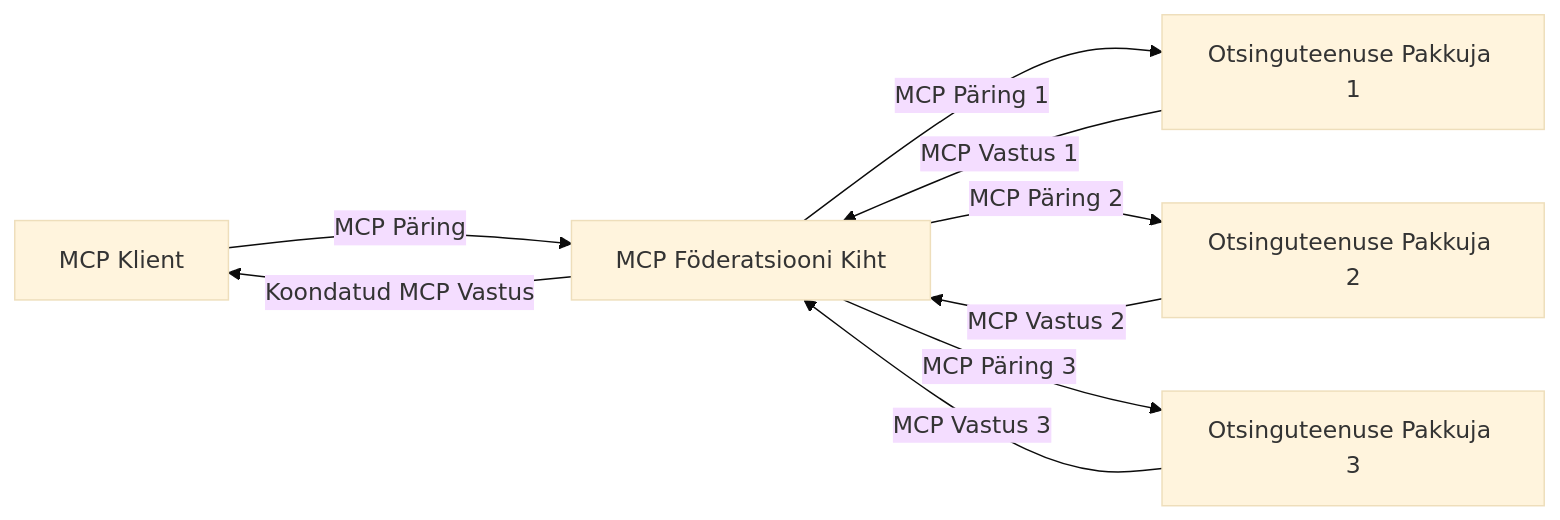
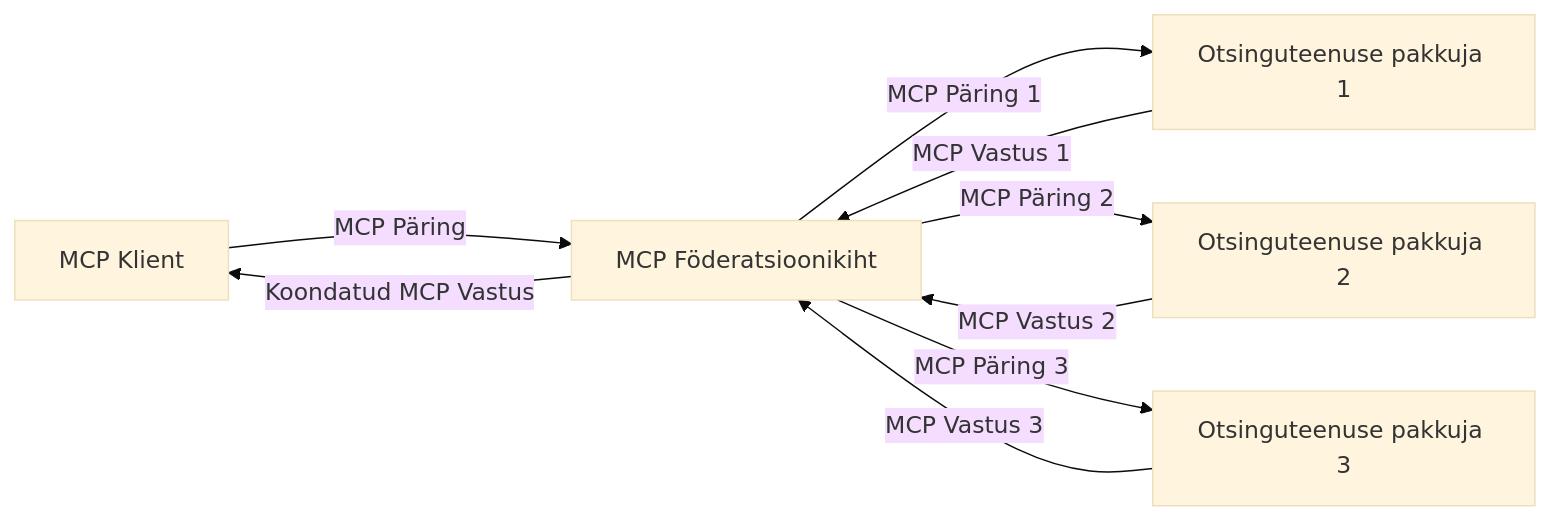
Before and after one commit to microsoft/mcp-for-beginners: the third of 4 diagrams in translations/et/05-AdvancedTopics/mcp-realtimesearch/README.md, drawn with Mermaid (base theme). The commit also changed other lines of this file and 138 other files, not shown here.

````diff
--- a/translations/et/05-AdvancedTopics/mcp-realtimesearch/README.md
+++ b/translations/et/05-AdvancedTopics/mcp-realtimesearch/README.md
@@ -610,11 +612,11 @@
 ```mermaid
 graph LR
-    Client[MCP Klient] --> |MCP Päring| Federation[MCP Föderatsiooni Kiht]
-    Federation --> |MCP Päring 1| Search1[Otsinguteenuse Pakkuja 1]
-    Federation --> |MCP Päring 2| Search2[Otsinguteenuse Pakkuja 2]
-    Federation --> |MCP Päring 3| Search3[Otsinguteenuse Pakkuja 3]
+    Client[MCP Klient] --> |MCP Päring| Federation[MCP Föderatsioonikiht]
+    Federation --> |MCP Päring 1| Search1[Otsinguteenuse pakkuja 1]
+    Federation --> |MCP Päring 2| Search2[Otsinguteenuse pakkuja 2]
+    Federation --> |MCP Päring 3| Search3[Otsinguteenuse pakkuja 3]
     Search1 --> |MCP Vastus 1| Federation
     Search2 --> |MCP Vastus 2| Federation
     Search3 --> |MCP Vastus 3| Federation
     Federation --> |Koondatud MCP Vastus| Client
 ```
````
